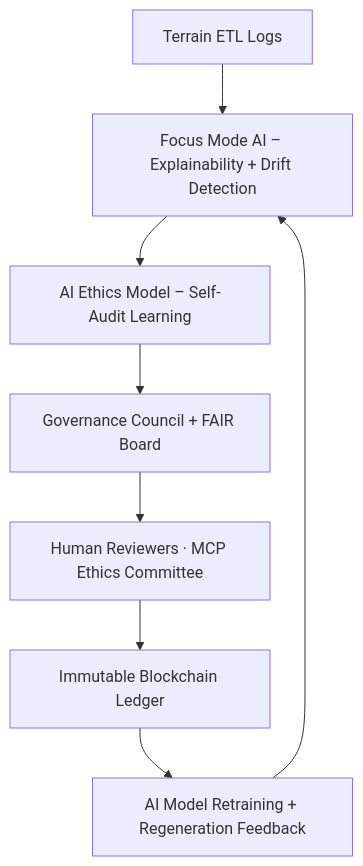
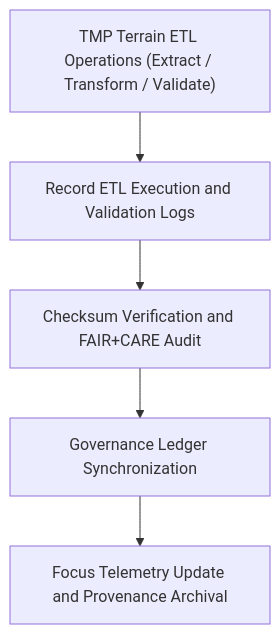
Before and after one commit to bartytime4life/Kansas-Frontier-Matrix: the diagram in data/work/tmp/terrain/logs/README.md, drawn with Mermaid. The commit also changed other lines of this file, not shown here.

````diff
--- a/data/work/tmp/terrain/logs/README.md
+++ b/data/work/tmp/terrain/logs/README.md
@@ -70,10 +68,7 @@
 ```mermaid
-graph TD
-    A["Terrain ETL Logs"] --> B["Focus Mode AI – Explainability + Drift Detection"]
-    B --> C["AI Ethics Model – Self-Audit Learning"]
-    C --> D["Governance Council + FAIR Board"]
-    D --> E["Human Reviewers · MCP Ethics Committee"]
-    E --> F["Immutable Blockchain Ledger"]
-    F --> G["AI Model Retraining + Regeneration Feedback"]
-    G --> B
+flowchart TD
+    A["TMP Terrain ETL Operations (Extract / Transform / Validate)"] --> B["Record ETL Execution and Validation Logs"]
+    B --> C["Checksum Verification and FAIR+CARE Audit"]
+    C --> D["Governance Ledger Synchronization"]
+    D --> E["Focus Telemetry Update and Provenance Archival"]
 ```
````
